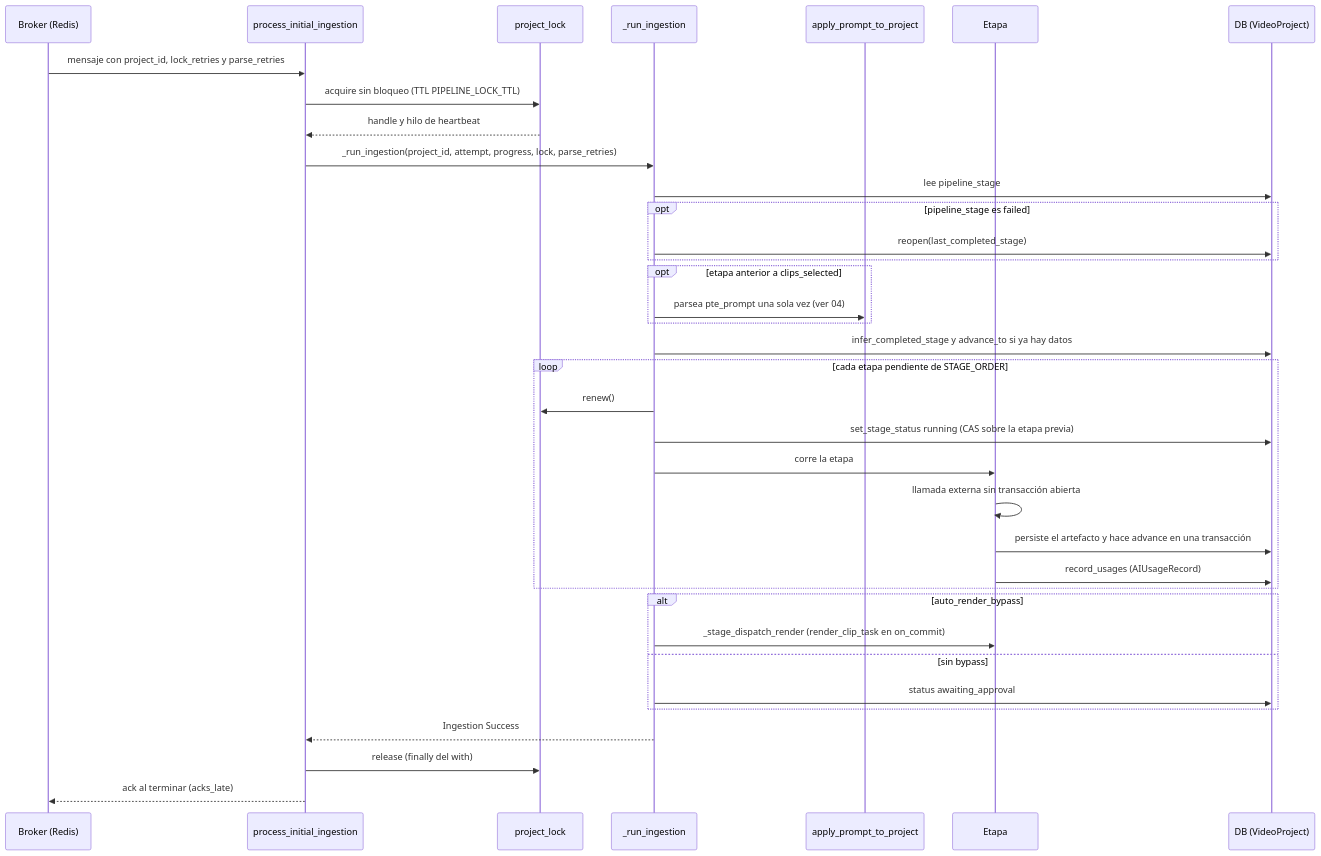
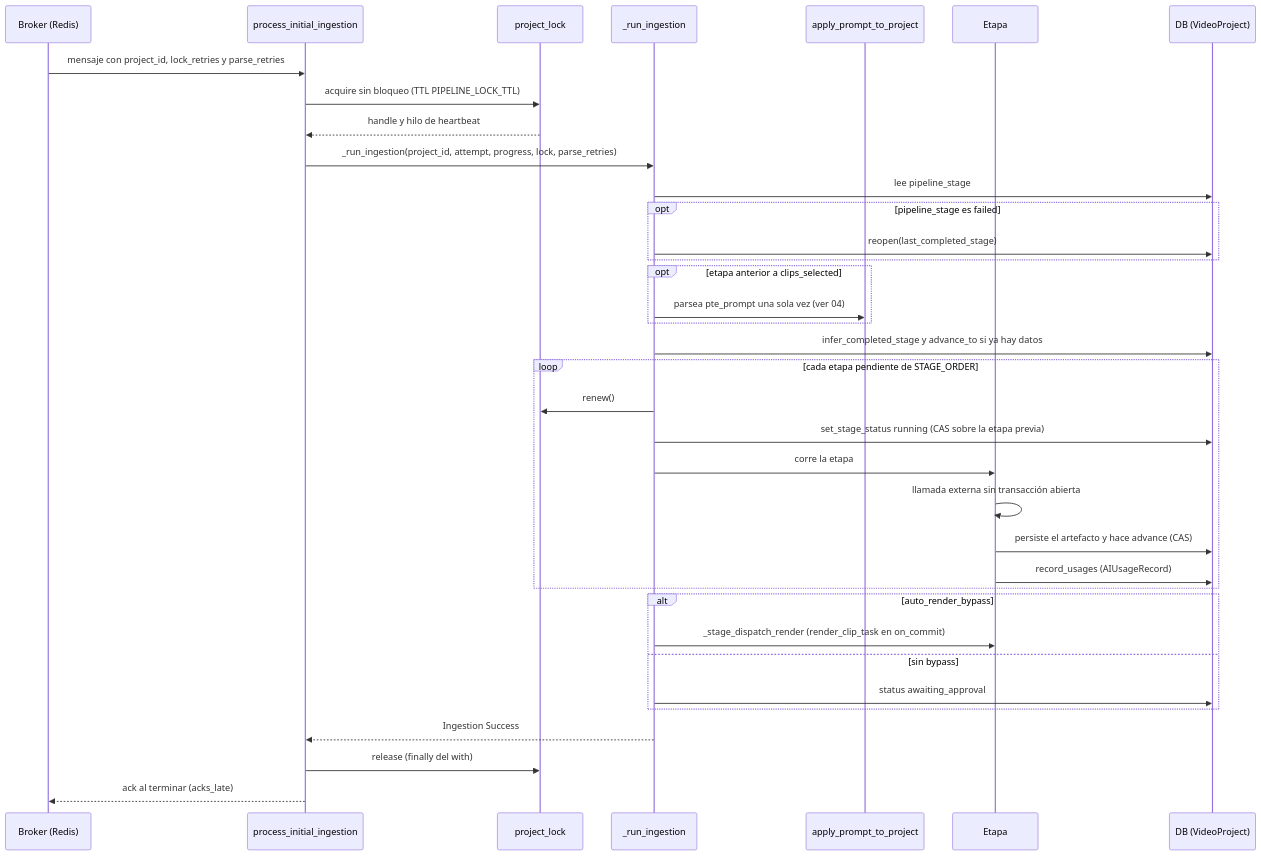
One commit to RomeKai/videoeditUTN changed the first of 5 diagrams in documents/ia/02-pipeline-de-ingesta.md. Above: the diagram before and after it, drawn with Mermaid. The commit also changed other lines of this file and 5 other files, not shown here.

First line of the commit message:
docs(ia): flujos de IA con diagramas de secuencia y estados

````diff
--- a/documents/ia/02-pipeline-de-ingesta.md
+++ b/documents/ia/02-pipeline-de-ingesta.md
@@ -25,39 +25,39 @@
 ```mermaid
 sequenceDiagram
     participant Q as Broker (Redis)
     participant T as process_initial_ingestion
     participant L as project_lock
     participant R as _run_ingestion
     participant PTE as apply_prompt_to_project
     participant S as Etapa
     participant DB as DB (VideoProject)
 
     Q->>T: mensaje con project_id, lock_retries y parse_retries
     T->>L: acquire sin bloqueo (TTL PIPELINE_LOCK_TTL)
     L-->>T: handle y hilo de heartbeat
     T->>R: _run_ingestion(project_id, attempt, progress, lock, parse_retries)
     R->>DB: lee pipeline_stage
     opt pipeline_stage es failed
         R->>DB: reopen(last_completed_stage)
     end
     opt etapa anterior a clips_selected
         R->>PTE: parsea pte_prompt una sola vez (ver 04)
     end
     R->>DB: infer_completed_stage y advance_to si ya hay datos
     loop cada etapa pendiente de STAGE_ORDER
         R->>L: renew()
         R->>DB: set_stage_status running (CAS sobre la etapa previa)
         R->>S: corre la etapa
         S->>S: llamada externa sin transacción abierta
-        S->>DB: persiste el artefacto y hace advance en una transacción
+        S->>DB: persiste el artefacto y hace advance (CAS)
         S->>DB: record_usages (AIUsageRecord)
     end
     alt auto_render_bypass
         R->>S: _stage_dispatch_render (render_clip_task en on_commit)
     else sin bypass
         R->>DB: status awaiting_approval
     end
     R-->>T: Ingestion Success
     T->>L: release (finally del with)
     T-->>Q: ack al terminar (acks_late)
 ```
````
